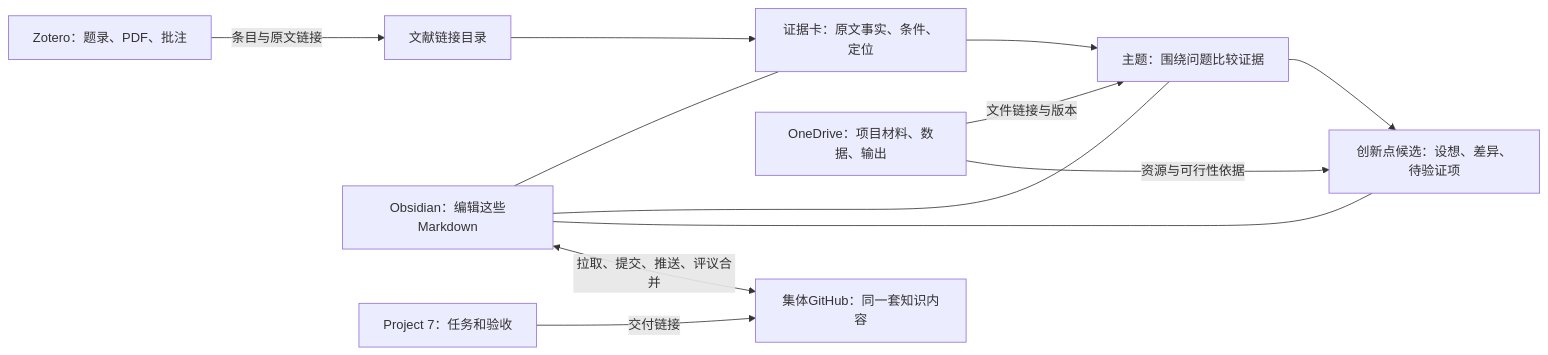
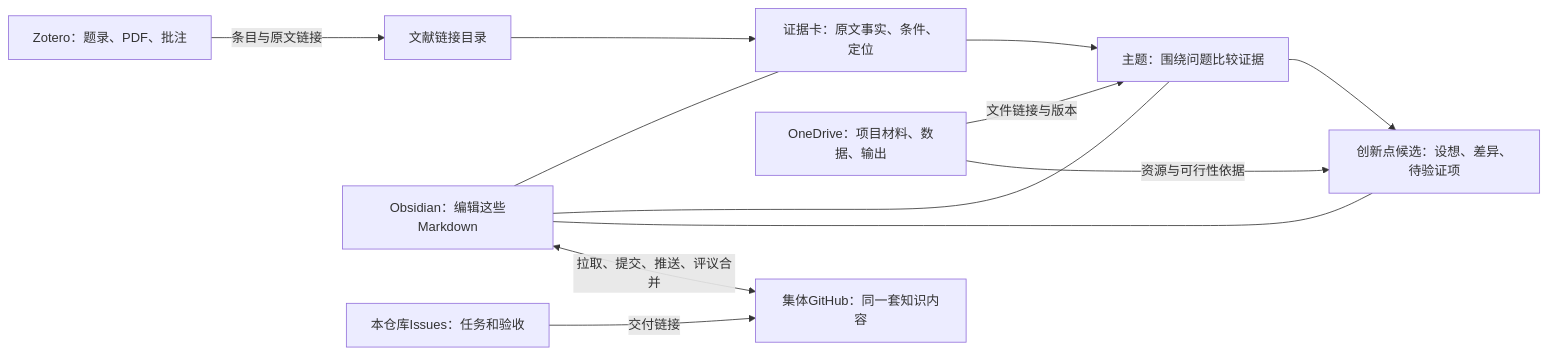
One commit to wangxinyu20429-dotcom/Water-Conservancy-Intelligent-Platform changed the diagram in docs/产品与流程/02_科研工作操作手册_V0.5.md. Above: the diagram before and after it, drawn with Mermaid. The commit also changed other lines of this file and 1 other file, not shown here.

````diff
--- a/docs/产品与流程/02_科研工作操作手册_V0.5.md
+++ b/docs/产品与流程/02_科研工作操作手册_V0.5.md
@@ -17,14 +17,14 @@
 ```mermaid
 flowchart LR
     Z["Zotero：题录、PDF、批注"] -->|条目与原文链接| L["文献链接目录"]
     L --> C["证据卡：原文事实、条件、定位"]
     C --> T["主题：围绕问题比较证据"]
     T --> I["创新点候选：设想、差异、待验证项"]
     O["OneDrive：项目材料、数据、输出"] -->|文件链接与版本| T
     O -->|资源与可行性依据| I
     W["Obsidian：编辑这些Markdown"] --- C
     W --- T
     W --- I
     W <-->|拉取、提交、推送、评议合并| G["集体GitHub：同一套知识内容"]
-    P["Project 7：任务和验收"] -->|交付链接| G
+    P["本仓库Issues：任务和验收"] -->|交付链接| G
 ```
````
